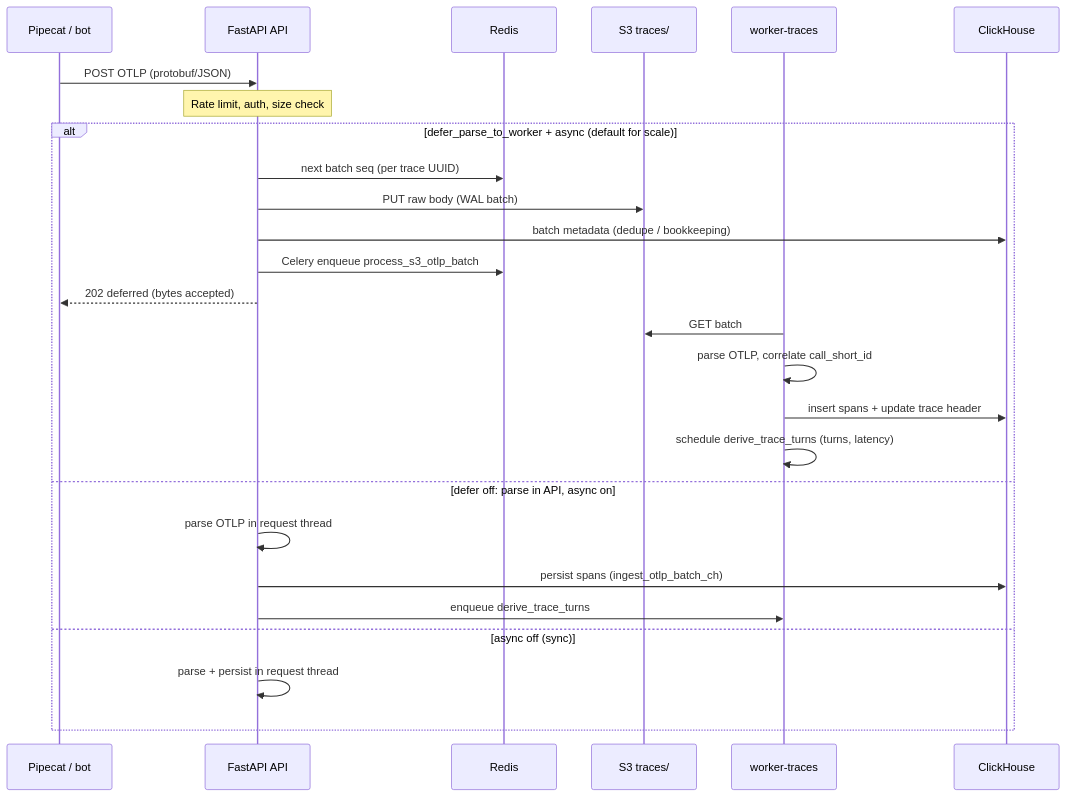
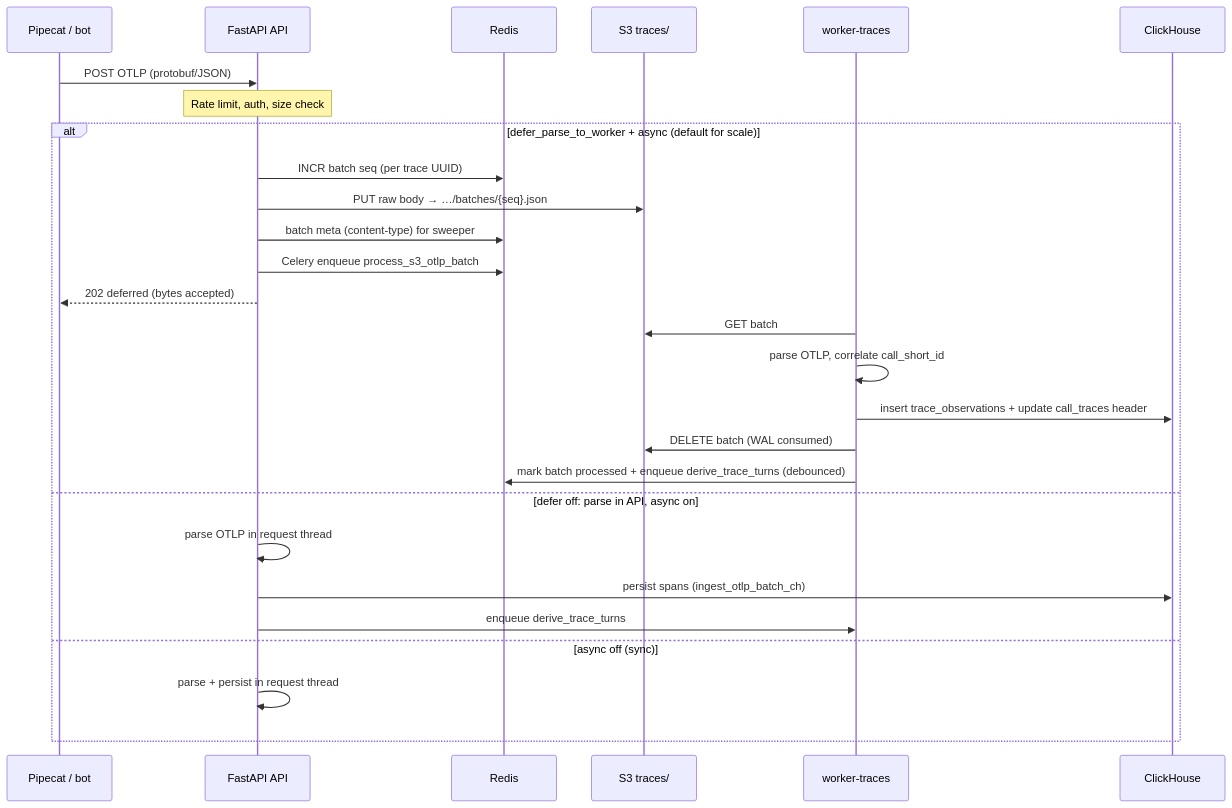
The second of 2 diagrams in docs/otel-traces-team-sync.md (EfficientAI-tech/efficientAI), drawn with Mermaid before and after one commit. The commit also changed other lines of this file and 16 other files, not shown here.

Commit message:
refactor(api): streamline trace processing and enhance configuration for voice agents

````diff
--- a/docs/otel-traces-team-sync.md
+++ b/docs/otel-traces-team-sync.md
@@ -67,29 +68,30 @@
 ```mermaid
 sequenceDiagram
   participant Bot as Pipecat / bot
   participant API as FastAPI API
   participant Redis as Redis
   participant S3 as S3 traces/
   participant WT as worker-traces
   participant CH as ClickHouse
 
   Bot->>API: POST OTLP (protobuf/JSON)
   Note over API: Rate limit, auth, size check
   alt defer_parse_to_worker + async (default for scale)
-    API->>Redis: next batch seq (per trace UUID)
-    API->>S3: PUT raw body (WAL batch)
-    API->>CH: batch metadata (dedupe / bookkeeping)
+    API->>Redis: INCR batch seq (per trace UUID)
+    API->>S3: PUT raw body → …/batches/{seq}.json
+    API->>Redis: batch meta (content-type) for sweeper
     API->>Redis: Celery enqueue process_s3_otlp_batch
     API-->>Bot: 202 deferred (bytes accepted)
     WT->>S3: GET batch
     WT->>WT: parse OTLP, correlate call_short_id
-    WT->>CH: insert spans + update trace header
-    WT->>WT: schedule derive_trace_turns (turns, latency)
+    WT->>CH: insert trace_observations + update call_traces header
+    WT->>S3: DELETE batch (WAL consumed)
+    WT->>Redis: mark batch processed + enqueue derive_trace_turns (debounced)
   else defer off: parse in API, async on
     API->>API: parse OTLP in request thread
     API->>CH: persist spans (ingest_otlp_batch_ch)
     API->>WT: enqueue derive_trace_turns
   else async off (sync)
     API->>API: parse + persist in request thread
   end
 ```
````
